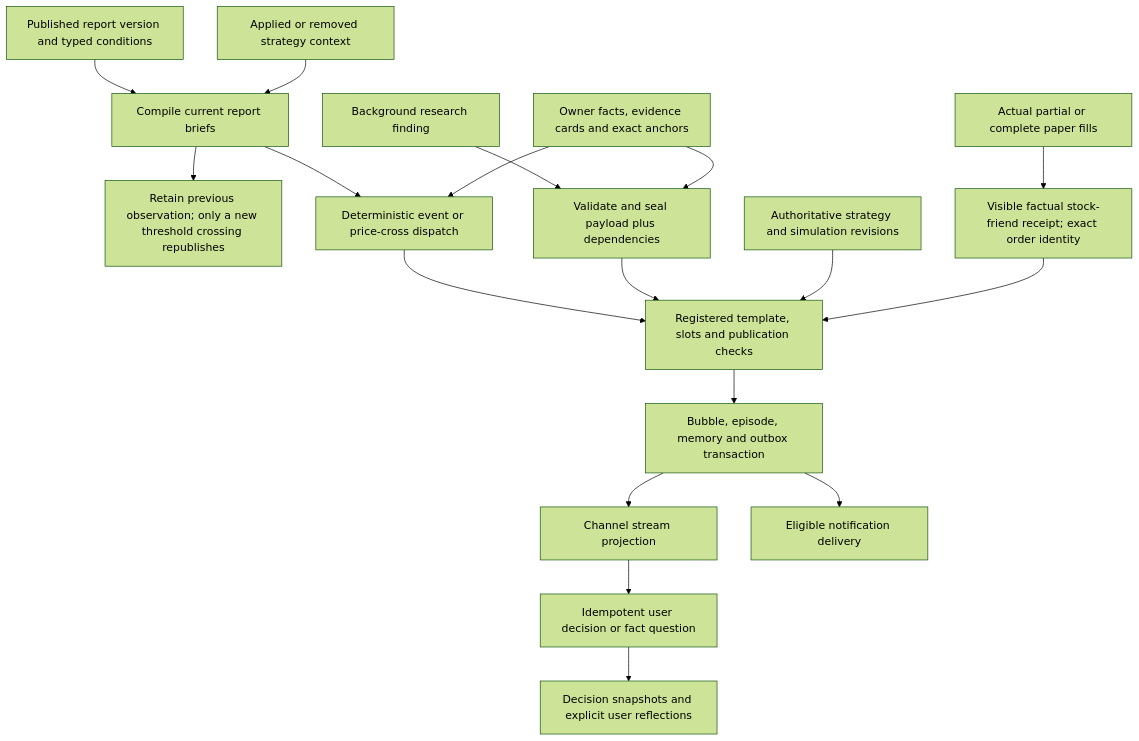
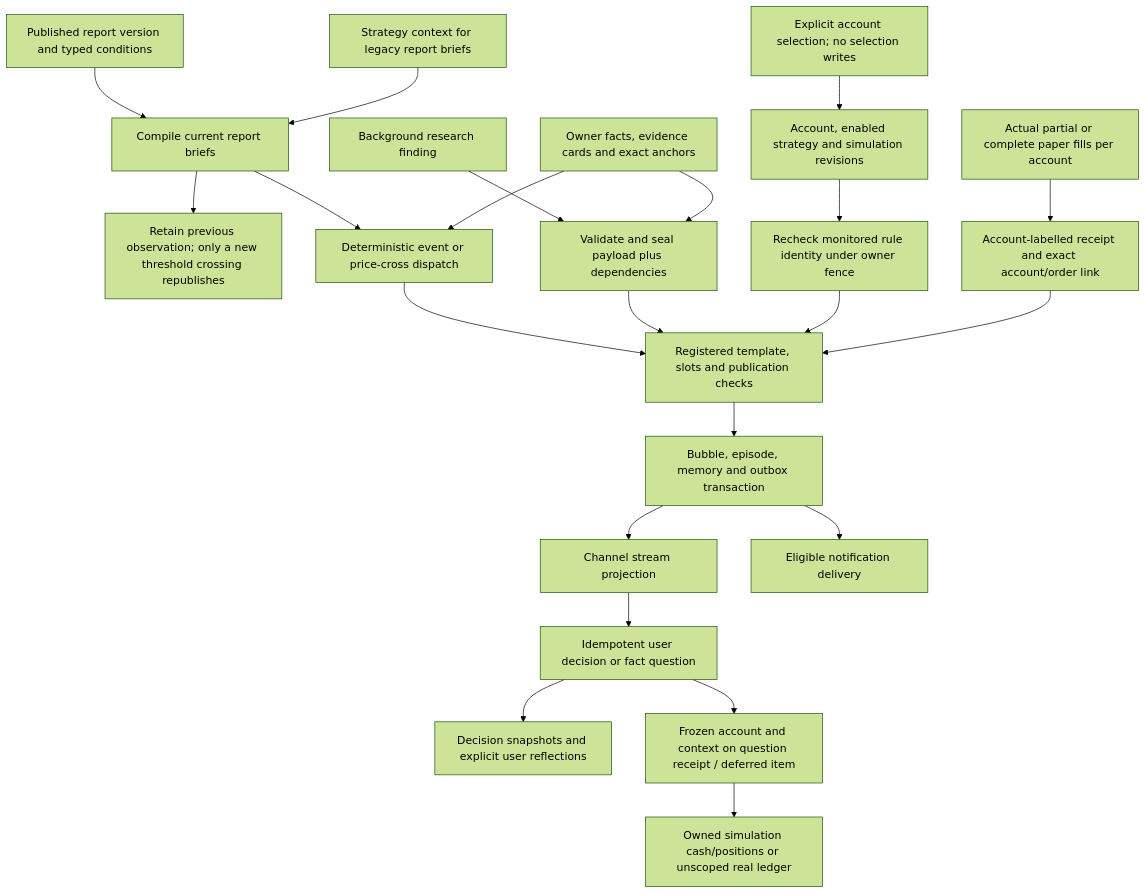
The fourth of 5 diagrams in docs/architecture.md (Lueyu/squabble), drawn with Mermaid (forest theme) before and after one commit. The commit also changed other lines of this file and 17 other files, not shown here.

````diff
--- a/docs/architecture.md
+++ b/docs/architecture.md
@@ -180,20 +180,24 @@
 ```mermaid
 flowchart TD
     report["Published report version and typed conditions"] --> brief["Compile current report briefs"]
-    strategyChange["Applied or removed strategy context"] --> brief
+    strategyChange["Strategy context for legacy report briefs"] --> brief
+    select["Explicit account selection; no selection writes"] --> runtime
     brief --> crossings["Retain previous observation; only a new threshold crossing republishes"]
     brief --> event["Deterministic event or price-cross dispatch"]
     change["Background research finding"] --> seal["Validate and seal payload plus dependencies"]
     facts["Owner facts, evidence cards and exact anchors"] --> event
     facts --> seal
     event --> gate["Registered template, slots and publication checks"]
     seal --> gate
-    runtime["Authoritative strategy and simulation revisions"] --> gate
-    fills["Actual partial or complete paper fills"] --> receipt["Visible factual stock-friend receipt; exact order identity"]
+    runtime["Account, enabled strategy and simulation revisions"] --> authority["Recheck monitored rule identity under owner fence"]
+    authority --> gate
+    fills["Actual partial or complete paper fills per account"] --> receipt["Account-labelled receipt and exact account/order link"]
     receipt --> gate
     gate --> transaction["Bubble, episode, memory and outbox transaction"]
     transaction --> stream["Channel stream projection"]
     transaction --> notification["Eligible notification delivery"]
     stream --> action["Idempotent user decision or fact question"]
     action --> history["Decision snapshots and explicit user reflections"]
+    action --> question["Frozen account and context on question receipt / deferred item"]
+    question --> ledgerRead["Owned simulation cash/positions or unscoped real ledger"]
 ```
````
